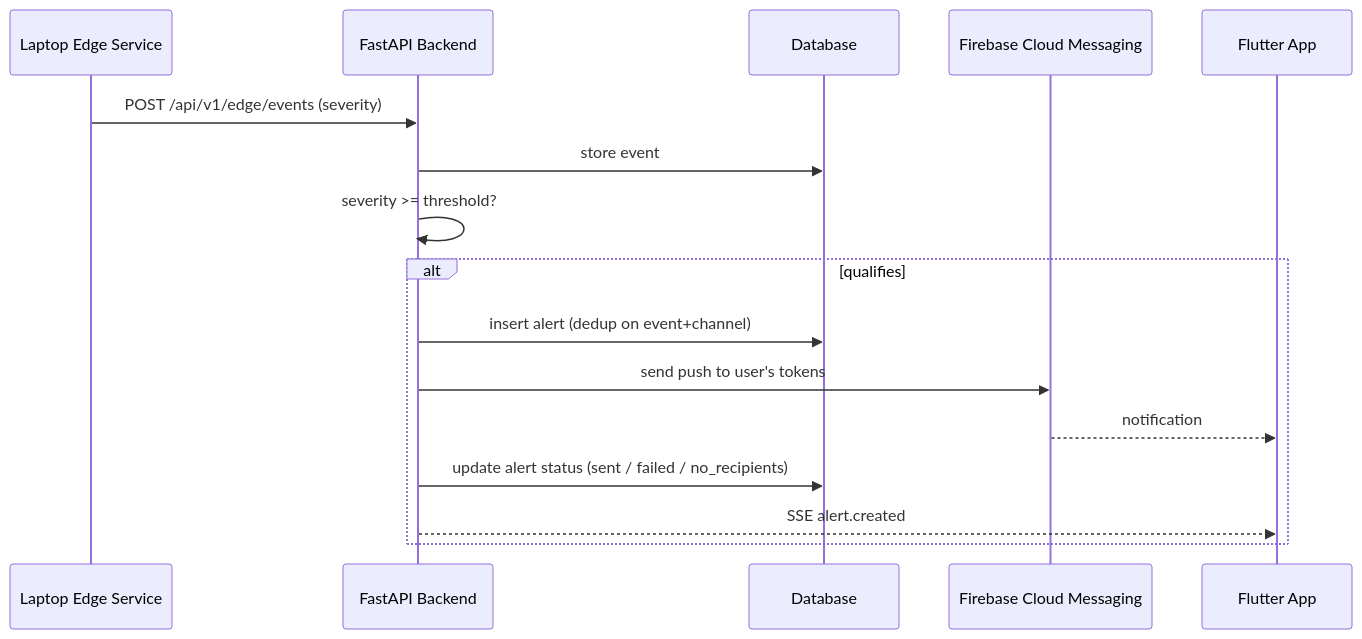
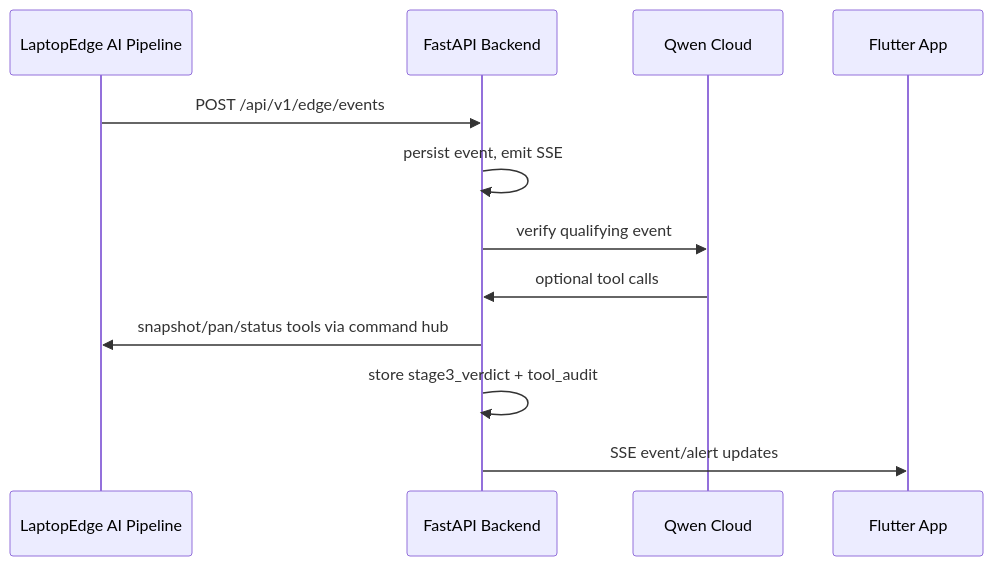
Before and after one commit to nickyui99/erlang-ai-vision-fullstack: the sixth of 6 diagrams in docs/backend/architecture.md, drawn with Mermaid. The commit also changed other lines of this file and 8 other files, not shown here.

Commit message:
Update docs for current fullstack edge flow

````diff
--- a/docs/backend/architecture.md
+++ b/docs/backend/architecture.md
@@ -92,19 +118,15 @@
 ```mermaid
 sequenceDiagram
-    participant Edge as Laptop Edge Service
+    participant Edge as LaptopEdge AI Pipeline
     participant Backend as FastAPI Backend
-    participant DB as Database
-    participant FCM as Firebase Cloud Messaging
-    participant Flutter as Flutter App
+    participant Qwen as Qwen Cloud
+    participant App as Flutter App
 
-    Edge->>Backend: POST /api/v1/edge/events (severity)
-    Backend->>DB: store event
-    Backend->>Backend: severity >= threshold?
-    alt qualifies
-        Backend->>DB: insert alert (dedup on event+channel)
-        Backend->>FCM: send push to user's tokens
-        FCM-->>Flutter: notification
-        Backend->>DB: update alert status (sent / failed / no_recipients)
-        Backend-->>Flutter: SSE alert.created
-    end
+    Edge->>Backend: POST /api/v1/edge/events
+    Backend->>Backend: persist event, emit SSE
+    Backend->>Qwen: verify qualifying event
+    Qwen->>Backend: optional tool calls
+    Backend->>Edge: snapshot/pan/status tools via command hub
+    Backend->>Backend: store stage3_verdict + tool_audit
+    Backend->>App: SSE event/alert updates
 ```
````
